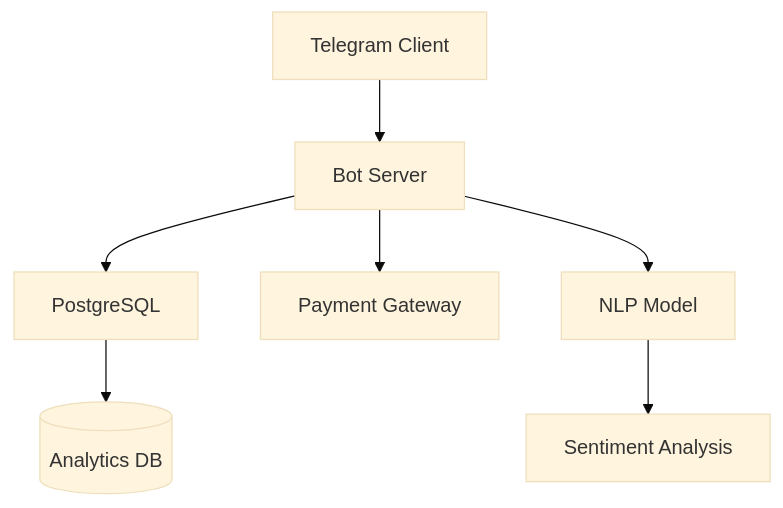
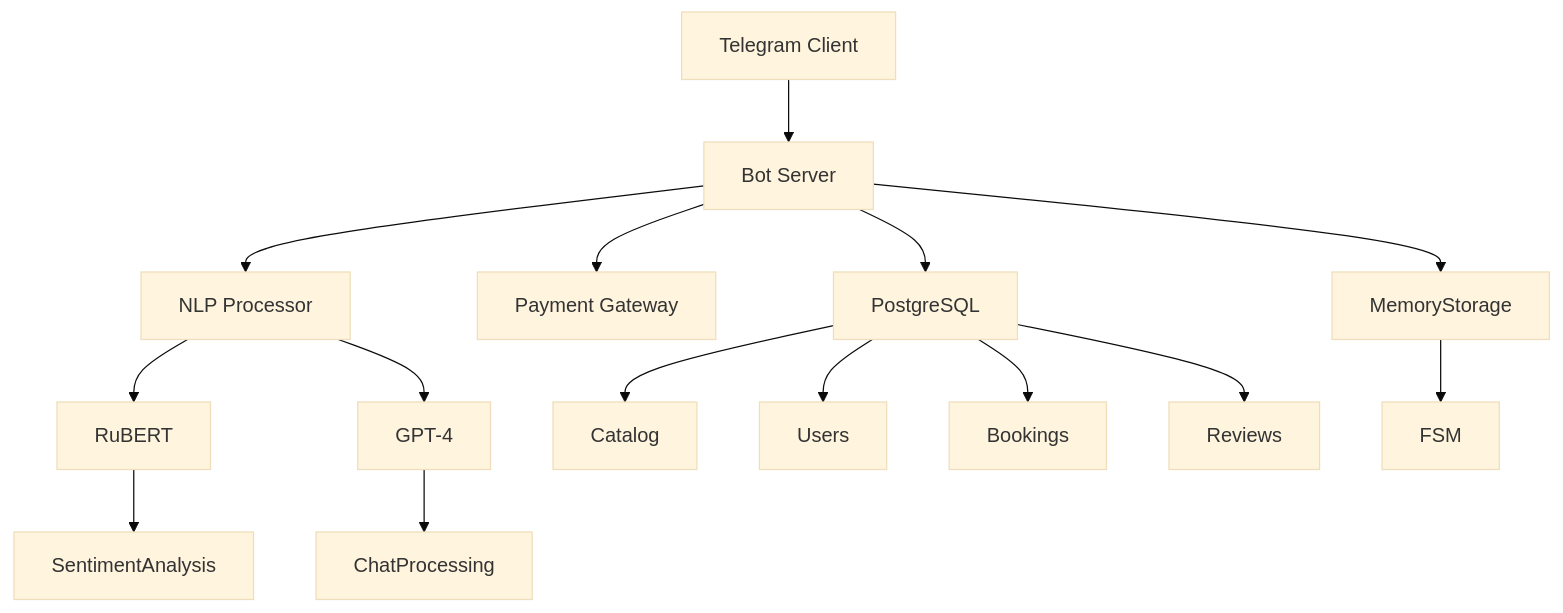
The diagram in README.md (fetgrigory/RentalsApartment_bot), drawn with Mermaid (base theme) before and after one commit.

````diff
--- a/README.md
+++ b/README.md
@@ -108,9 +108,19 @@
 ```mermaid
 graph TD
     A[Telegram Client] --> B[Bot Server]
     B --> C[PostgreSQL]
     B --> D[Payment Gateway]
-    C --> E[(Analytics DB)]
-    B --> F[NLP Model]
-    F --> G[Sentiment Analysis]
+    B --> F[NLP Processor]
+    F --> G[RuBERT]
+    F --> H[GPT-4]
+    B --> I[MemoryStorage]
+    
+    C --> Catalog
+    C --> Users
+    C --> Bookings
+    C --> Reviews
+    
+    G --> SentimentAnalysis
+    H --> ChatProcessing
+    I --> FSM
 ```
````
